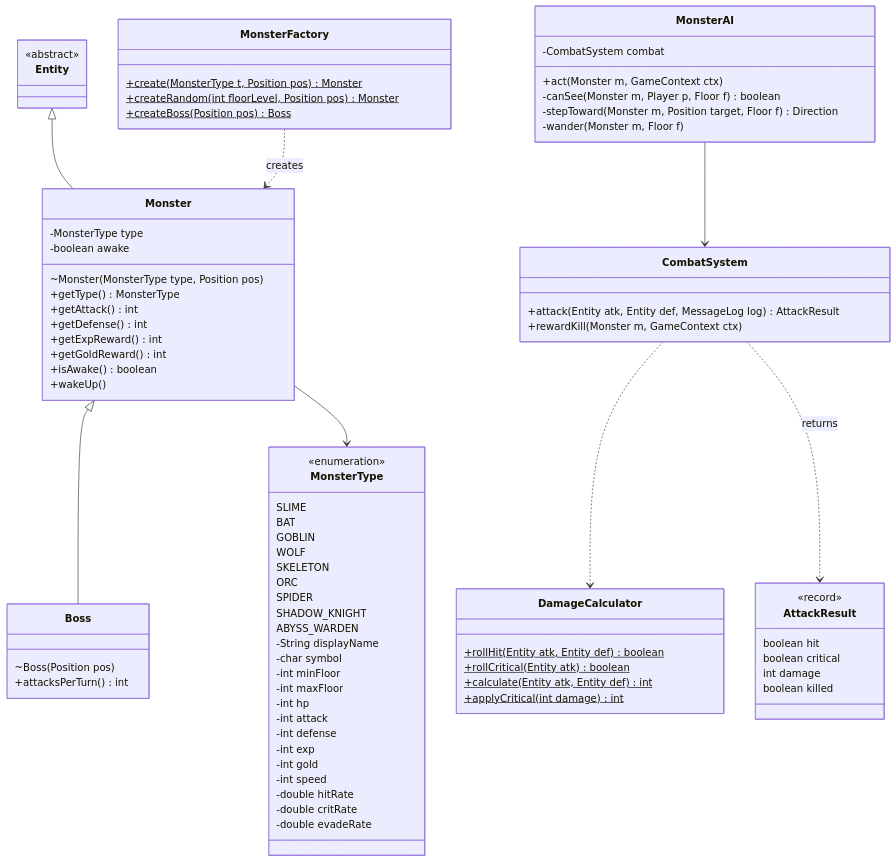
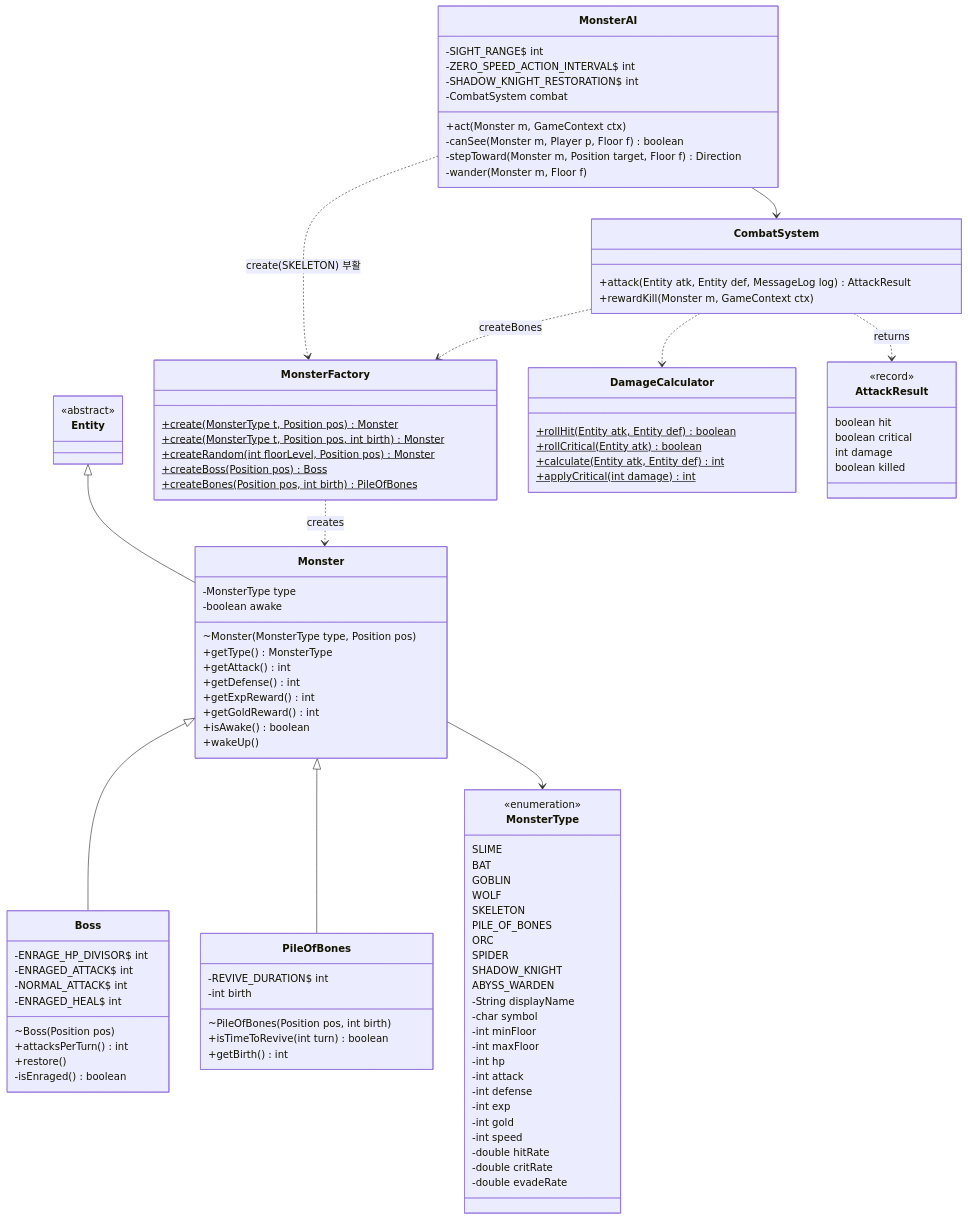
Before and after one commit to likelion-boot-camp-28th/side-project01-team01: the fourth of 9 diagrams in docs/Class-Diagram.md, drawn with Mermaid. The commit also changed other lines of this file and 1 other file, not shown here.

Commit message:
docs: 몬스터 특수 능력 명세 반영

````diff
--- a/docs/Class-Diagram.md
+++ b/docs/Class-Diagram.md
@@ -412,8 +412,21 @@
         +wakeUp()
     }
     class Boss {
+        -ENRAGE_HP_DIVISOR$ int
+        -ENRAGED_ATTACK$ int
+        -NORMAL_ATTACK$ int
+        -ENRAGED_HEAL$ int
         ~Boss(Position pos)
         +attacksPerTurn() int
+        +restore()
+        -isEnraged() boolean
+    }
+    class PileOfBones {
+        -REVIVE_DURATION$ int
+        -int birth
+        ~PileOfBones(Position pos, int birth)
+        +isTimeToRevive(int turn) boolean
+        +getBirth() int
     }
     class MonsterType {
         <<enumeration>>
@@ -422,6 +435,7 @@
         GOBLIN
         WOLF
         SKELETON
+        PILE_OF_BONES
         ORC
         SPIDER
         SHADOW_KNIGHT
@@ -442,10 +456,15 @@
     }
     class MonsterFactory {
         +create(MonsterType t, Position pos)$ Monster
+        +create(MonsterType t, Position pos, int birth)$ Monster
         +createRandom(int floorLevel, Position pos)$ Monster
         +createBoss(Position pos)$ Boss
+        +createBones(Position pos, int birth)$ PileOfBones
     }
     class MonsterAI {
+        -SIGHT_RANGE$ int
+        -ZERO_SPEED_ACTION_INTERVAL$ int
+        -SHADOW_KNIGHT_RESTORATION$ int
         -CombatSystem combat
         +act(Monster m, GameContext ctx)
         -canSee(Monster m, Player p, Floor f) boolean
@@ -472,9 +491,12 @@
 
     Entity <|-- Monster
     Monster <|-- Boss
+    Monster <|-- PileOfBones
     Monster --> MonsterType
     MonsterFactory ..> Monster : creates
     MonsterAI --> CombatSystem
+    MonsterAI ..> MonsterFactory : create(SKELETON) 부활
+    CombatSystem ..> MonsterFactory : createBones
     CombatSystem ..> DamageCalculator
     CombatSystem ..> AttackResult : returns
 ```
````
